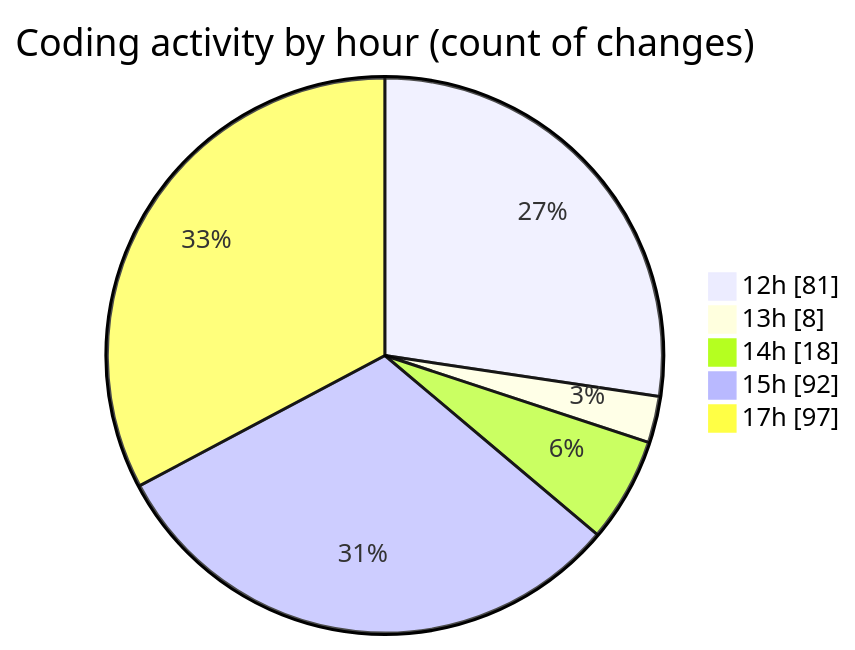
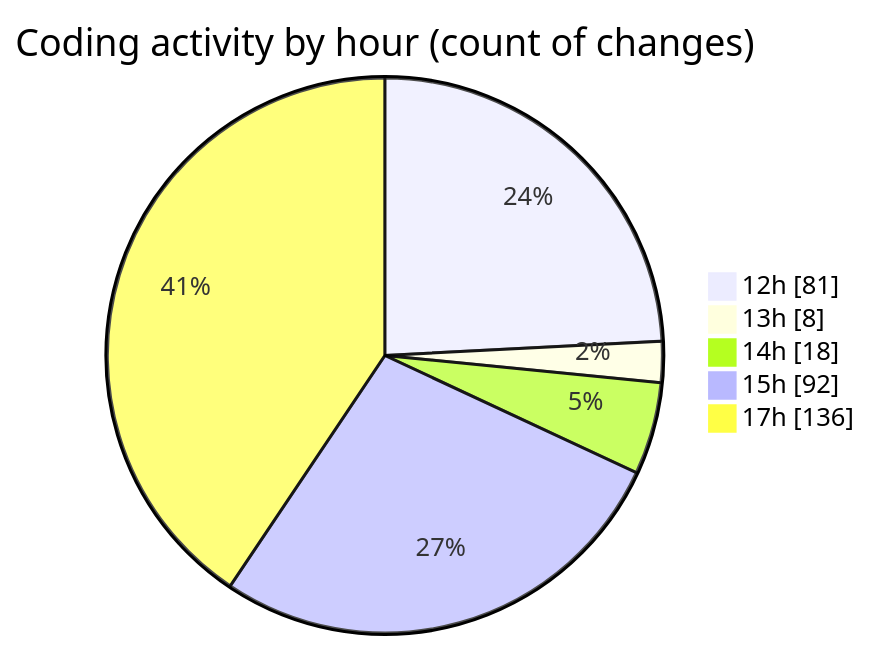
Before and after one commit to Ritupan-Deka/code-tracking: the second of 2 diagrams in 2025-12-28/rust/README.md, drawn with Mermaid. The commit also changed other lines of this file and 1 other file, not shown here.

````diff
--- a/2025-12-28/rust/README.md
+++ b/2025-12-28/rust/README.md
@@ -30,9 +30,9 @@
 ```mermaid
 pie showData
 title Coding activity by hour (count of changes)
 "12h" : 81
 "13h" : 8
 "14h" : 18
 "15h" : 92
-"17h" : 97
+"17h" : 136
 ```
````
